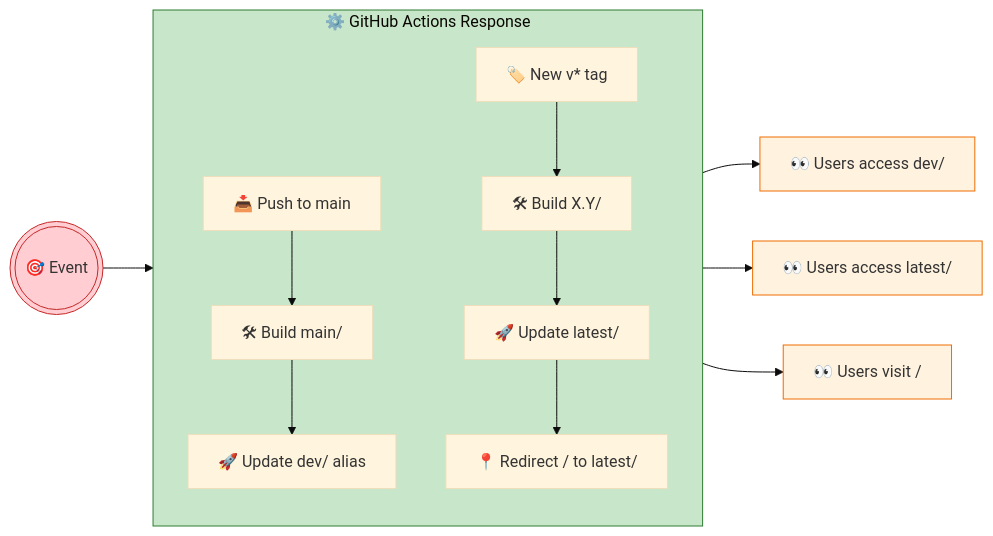
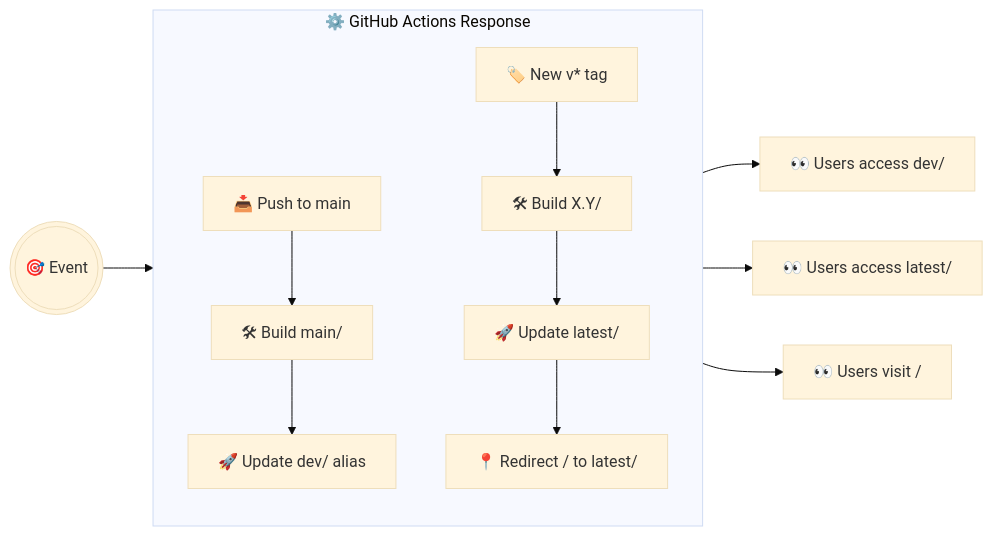
The second of 3 diagrams in README.md (vic-ffm/architecture-docs-open-public), drawn with Mermaid (base theme) before and after one commit. The commit also changed other lines of this file, not shown here.

Commit message:
fixing mermaid diagrams

````diff
--- a/README.md
+++ b/README.md
@@ -241,20 +240,13 @@
 ```mermaid
 flowchart LR
   Trigger((("🎯 Event"))) --> Action
   subgraph Action["⚙️ GitHub Actions Response"]
     direction TB
     PushMain["📥 Push to main"] --> BuildMain["🛠 Build main/"] --> DeployDev["🚀 Update dev/ alias"]
     CreateTag["🏷️ New v* tag"] --> BuildVer["🛠 Build X.Y/"] --> DeployLatest["🚀 Update latest/"] --> SetRoot["📍 Redirect / to latest/"]
   end
 
   DeployDev --> UserViewDev["👀 Users access dev/"]
   DeployLatest --> UserViewLatest["👀 Users access latest/"]
   SetRoot --> UserViewRoot["👀 Users visit /"]
-
-  classDef event fill:#ffcdd2,stroke:#c62828;
-  classDef action fill:#c8e6c9,stroke:#2e7d32;
-  classDef result fill:#fff3e0,stroke:#ef6c00;
-  class Trigger event
-  class Action action
-  class UserViewDev,UserViewLatest,UserViewRoot result
 ```
````
